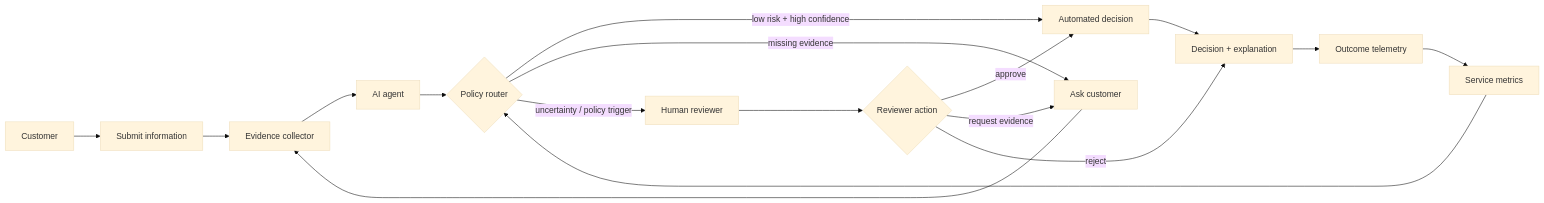
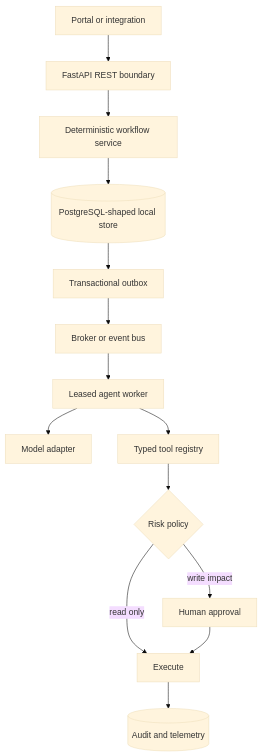
One commit to cagataykavas/human-agent-service-design changed the first of 2 diagrams in README.md. Above: the diagram before and after it, drawn with Mermaid (base theme). The commit also changed other lines of this file and 19 other files, not shown here.

````diff
--- a/README.md
+++ b/README.md
@@ -30,19 +13,16 @@
 ```mermaid
-flowchart LR
-    C[Customer] --> I[Submit information]
-    I --> E[Evidence collector]
-    E --> A[AI agent]
-    A --> P{Policy router}
-    P -- low risk + high confidence --> D[Automated decision]
-    P -- missing evidence --> Q[Ask customer]
-    Q --> E
-    P -- uncertainty / policy trigger --> H[Human reviewer]
-    H --> R{Reviewer action}
-    R -- approve --> D
-    R -- request evidence --> Q
-    R -- reject --> X[Decision + explanation]
-    D --> X
-    X --> O[Outcome telemetry]
-    O --> M[Service metrics]
-    M --> P
+flowchart TD
+    Client[Portal or integration] --> API[FastAPI REST boundary]
+    API --> Workflow[Deterministic workflow service]
+    Workflow --> DB[(PostgreSQL-shaped local store)]
+    DB --> Outbox[Transactional outbox]
+    Outbox --> Queue[Broker or event bus]
+    Queue --> Worker[Leased agent worker]
+    Worker --> Model[Model adapter]
+    Worker --> Tools[Typed tool registry]
+    Tools --> Policy{Risk policy}
+    Policy -->|read only| Execute[Execute]
+    Policy -->|write impact| Human[Human approval]
+    Human --> Execute
+    Execute --> Audit[(Audit and telemetry)]
 ```
````
